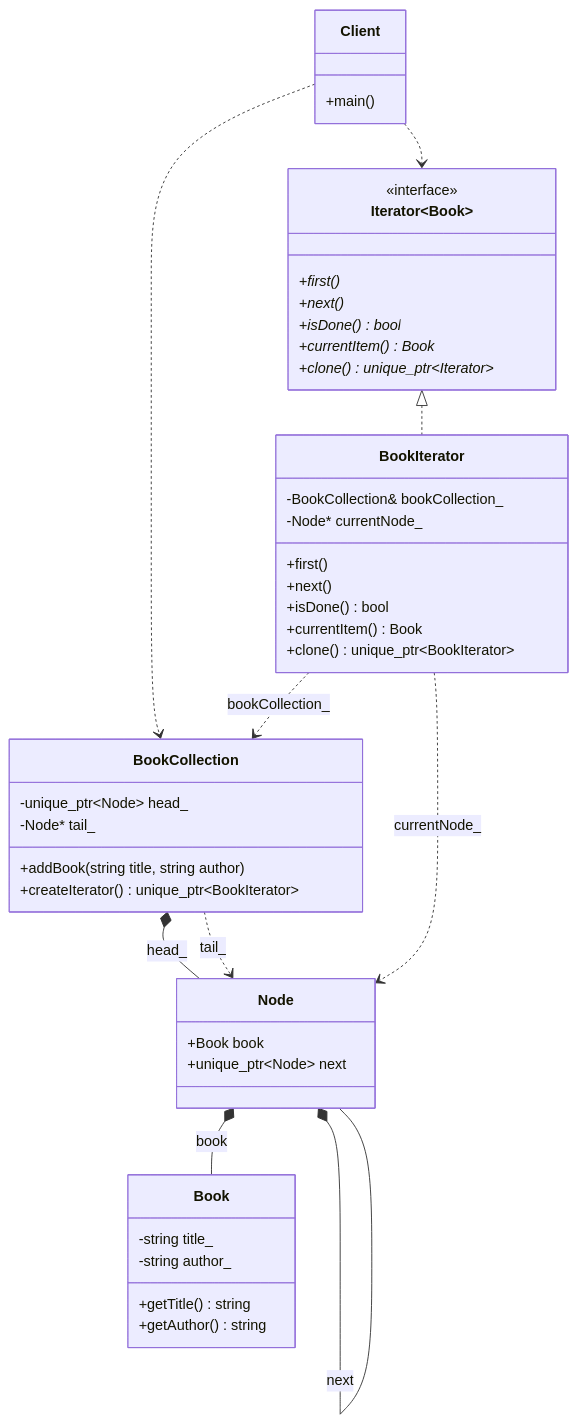
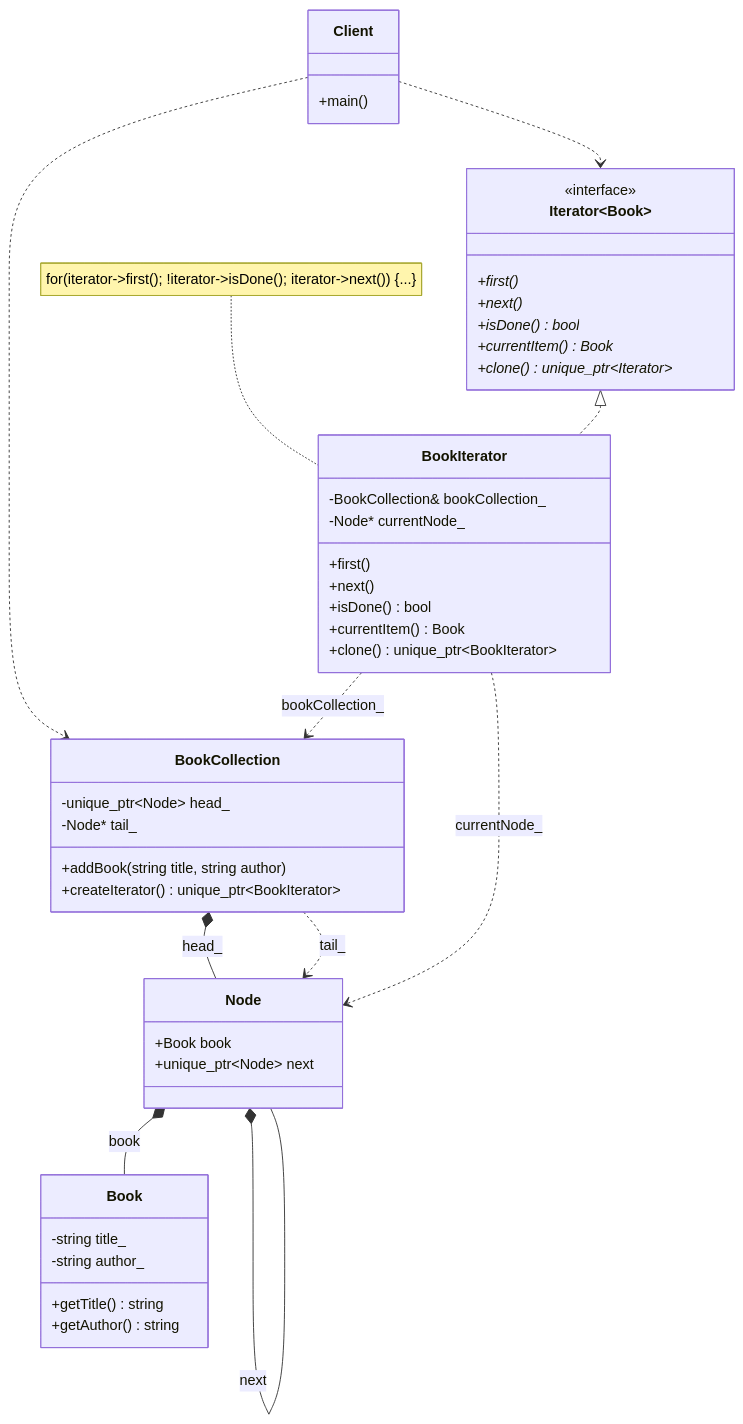
The diagram in 21_Iterator/Iterator_GoF/diagram.md (Cichlidfishexigency721/Modern-CPP-Design-Patterns), drawn with Mermaid before and after one commit. The commit also changed 1 other file, not shown here.

Commit message:
Improvement in UML

````diff
--- a/21_Iterator/Iterator_GoF/diagram.md
+++ b/21_Iterator/Iterator_GoF/diagram.md
@@ -3,57 +3,59 @@
 ```mermaid
 classDiagram
     class Book {
         -string title_
         -string author_
         +getTitle() string
         +getAuthor() string
     }
 
     class Iterator~Book~ {
         <<interface>>
         +first()*
         +next()*
         +isDone()* bool
         +currentItem()* Book
         +clone()* unique_ptr~Iterator~
     }
 
     class Node {
         +Book book
         +unique_ptr~Node~ next
     }
 
     class BookCollection {
         -unique_ptr~Node~ head_
         -Node* tail_
         +addBook(string title, string author)
         +createIterator() unique_ptr~BookIterator~
     }
 
     class BookIterator {
         -BookCollection& bookCollection_
         -Node* currentNode_
         +first()
         +next()
         +isDone() bool
         +currentItem() Book
         +clone() unique_ptr~BookIterator~
     }
 
     class Client {
         +main()
     }
 
+    note for BookIterator "for(iterator->first(); !iterator->isDone(); iterator->next()) {...}"
+
     Iterator~Book~ <|.. BookIterator
 
     BookCollection *-- Node : head_
     BookCollection ..> Node : tail_
     Node *-- Book : book
     Node *-- Node : next
 
     BookIterator ..> BookCollection : bookCollection_
     BookIterator ..> Node : currentNode_
     
     Client ..> BookCollection
     Client ..> Iterator
 ```
````
